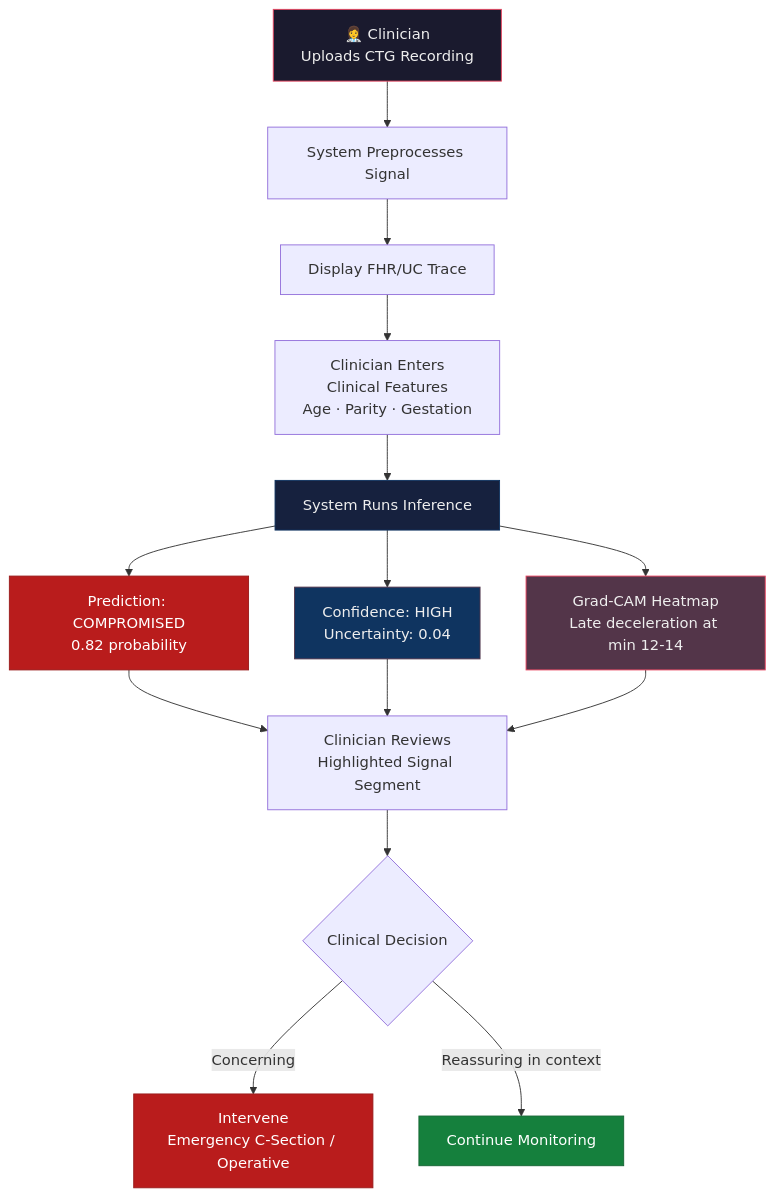
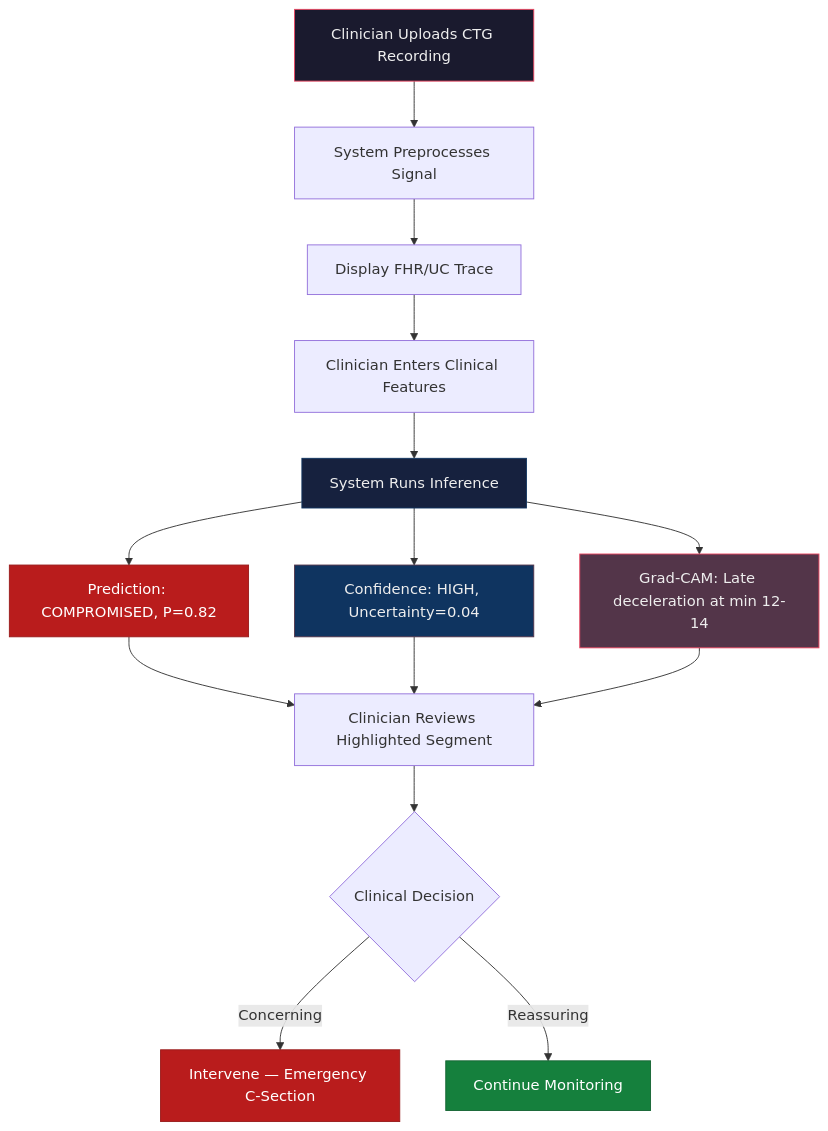
One commit to Krishna200608/NeuroFetal-AI changed the fourth of 4 diagrams in Reports/explain.md. Above: the diagram before and after it, drawn with Mermaid. The commit also changed other lines of this file, not shown here.

````diff
--- a/Reports/explain.md
+++ b/Reports/explain.md
@@ -470,22 +471,22 @@
 ```mermaid
 flowchart TD
-    A["👩‍⚕️ Clinician\nUploads CTG Recording"] --> B["System Preprocesses Signal"]
+    A["Clinician Uploads CTG Recording"] --> B["System Preprocesses Signal"]
     B --> C["Display FHR/UC Trace"]
-    C --> D["Clinician Enters\nClinical Features\nAge · Parity · Gestation"]
+    C --> D["Clinician Enters Clinical Features"]
     D --> E["System Runs Inference"]
-    E --> F["Prediction: COMPROMISED\n0.82 probability"]
-    E --> G["Confidence: HIGH\nUncertainty: 0.04"]
-    E --> H["Grad-CAM Heatmap\nLate deceleration at min 12-14"]
-    F & G & H --> I["Clinician Reviews\nHighlighted Signal Segment"]
+    E --> F["Prediction: COMPROMISED, P=0.82"]
+    E --> G["Confidence: HIGH, Uncertainty=0.04"]
+    E --> H["Grad-CAM: Late deceleration at min 12-14"]
+    F & G & H --> I["Clinician Reviews Highlighted Segment"]
     I --> J{"Clinical Decision"}
-    J -->|"Concerning"| K["Intervene\nEmergency C-Section / Operative"]
-    J -->|"Reassuring in context"| L["Continue Monitoring"]
+    J -->|"Concerning"| K["Intervene — Emergency C-Section"]
+    J -->|"Reassuring"| L["Continue Monitoring"]
 
     style A fill:#1a1a2e,stroke:#e94560,color:#eee
     style E fill:#16213e,stroke:#0f3460,color:#eee
     style F fill:#b91c1c,stroke:#991b1b,color:#fff
     style G fill:#0f3460,stroke:#53354a,color:#eee
     style H fill:#533549,stroke:#e94560,color:#eee
     style K fill:#b91c1c,stroke:#991b1b,color:#fff
     style L fill:#15803d,stroke:#166534,color:#fff
 ```
````
